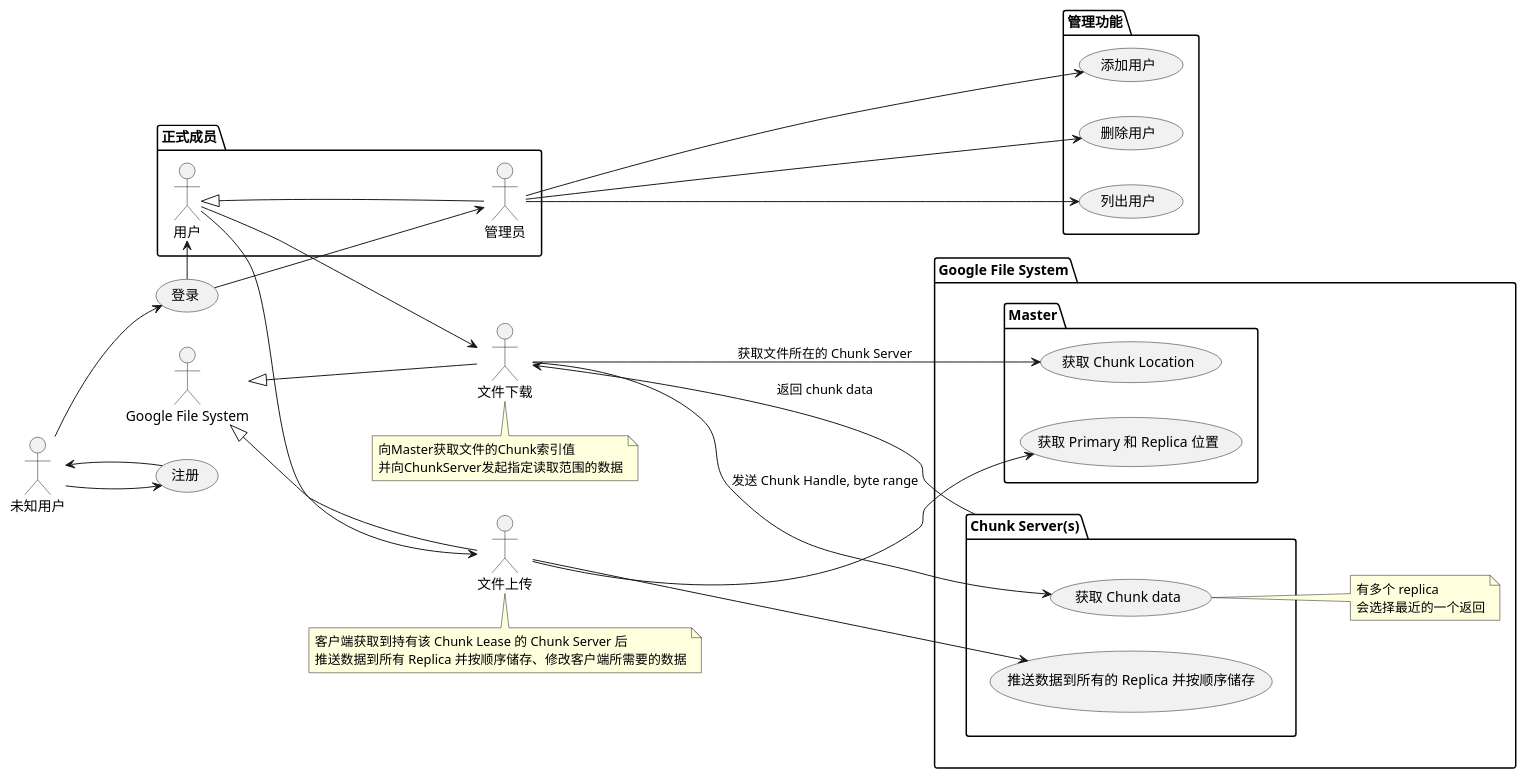
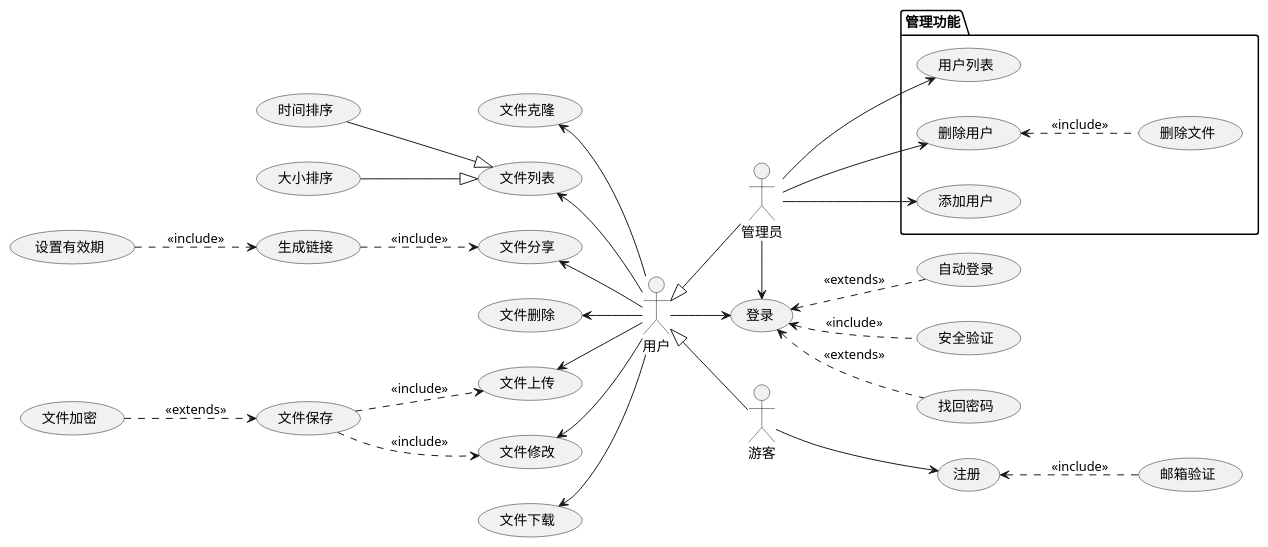
One commit to sonderlau/UML-Lesson changed the diagram in src/Usecase.wsd. Above: the diagram before and after it, drawn with PlantUML. The commit also changed 2 other files, not shown here.

Commit message:
:sparkles: Update: Usecase graph

```diff
--- a/src/Usecase.wsd
+++ b/src/Usecase.wsd
@@ -1,74 +1,74 @@
 @startuml "用例图"
 left to right direction
-actor "未知用户" as USER
+actor "游客" as USER
 
 usecase "注册" as Register
 usecase "登录" as Login
+usecase "安全验证" as Verification
+usecase "找回密码" as Recover
+usecase "自动登录" as Automatic_login
+usecase "邮箱验证" as Email
 
-USER --> Register
-Register --> USER
+USER -down-> Register
 
-package 正式成员 {
-  actor "管理员" as ADMIN
-  actor "用户" as R_USER
-}
+Email .up.> Register : <<include>>
+Verification .up.> Login : <<include>>
+Recover .up.> Login : <<extends>>
+Automatic_login .up.> Login : <<extends>>
+
+actor "管理员" as ADMIN
+actor "用户" as R_USER
 
 R_USER <|-- ADMIN
-
-USER --> Login
-Login -> R_USER
-Login -> ADMIN
-
-
+R_USER <|-- USER
+R_USER ->Login 
+ADMIN -> Login
 
 package 管理功能 {
   usecase "添加用户" as ADD_USER
   usecase "删除用户" as DELETE_USER
-  usecase "列出用户" as LIST_USER
+  usecase "用户列表" as LIST_USER
+  usecase "删除文件" as Delete_file
+
+  Delete_file .up.> DELETE_USER : <<include>>
 }
 
 ADMIN -down-> ADD_USER
 ADMIN -down-> DELETE_USER
 ADMIN -down-> LIST_USER
 
-actor "Google File System" as GFS
-actor "文件上传" as file_upload
-actor "文件下载" as file_download
+usecase "文件上传" as UPLOAD
+usecase "文件下载" as DOWNLOAD
+usecase "文件修改" as UPDATE
+usecase "文件删除" as DELETE
+usecase "文件分享" as SHARE
+usecase "文件列表" as FILE_LIST
+usecase "文件克隆" as File_clone
 
-note bottom of file_upload : 客户端获取到持有该 Chunk Lease 的 Chunk Server 后\n推送数据到所有 Replica 并按顺序储存、修改客户端所需要的数据
+R_USER -up-> UPLOAD
+R_USER -up-> DOWNLOAD
+R_USER -up->UPDATE
+R_USER -up->DELETE
+R_USER -up->SHARE
+R_USER -up->FILE_LIST
+R_USER -up->File_clone
 
-note bottom of file_download : 向Master获取文件的Chunk索引值\n并向ChunkServer发起指定读取范围的数据
+usecase "文件保存" as PRESERVE
+usecase "生成链接" as LINK
+usecase "时间排序" as TIME_SORT
+usecase "大小排序" as SIZE_SORT
 
-GFS <|-- file_upload
-GFS <|-- file_download
+LINK .down.> SHARE : <<include>>
+PRESERVE .down.> UPDATE : <<include>>
+PRESERVE .down.> UPLOAD : <<include>>
 
-R_USER --> file_upload
-R_USER --> file_download
+TIME_SORT -down-|> FILE_LIST
+SIZE_SORT -down-|> FILE_LIST
 
-package "Google File System" as GFS_ {
-  package "Master" as master {
-    usecase "获取 Chunk Location" as chunk_location
-    usecase "获取 Primary 和 Replica 位置" as get_location
-  }
+usecase "文件加密" as ENCRYPTION
+usecase "设置有效期" as Validity
 
-  package "Chunk Server(s)" as chunk_server{
-    usecase "获取 Chunk data" as chunk_data
-    usecase "推送数据到所有的 Replica 并按顺序储存" as store_to_all
-  }
-
-  note right of chunk_data : 有多个 replica\n会选择最近的一个返回
-  
-}
-
-' ----------------download--------------------
-file_download --> chunk_location : "获取文件所在的 Chunk Server"
-file_download --> chunk_data : "发送 Chunk Handle, byte range"
-
-chunk_server --> file_download : "返回 chunk data"
-
-
-' ---------------upload-----------------------
-file_upload --> get_location
-file_upload --> store_to_all
+ENCRYPTION .down.> PRESERVE : <<extends>>
+Validity .down.> LINK : <<include>>
 
 @enduml
```
